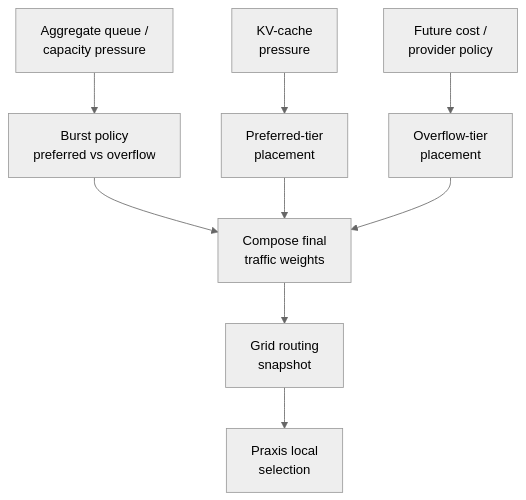
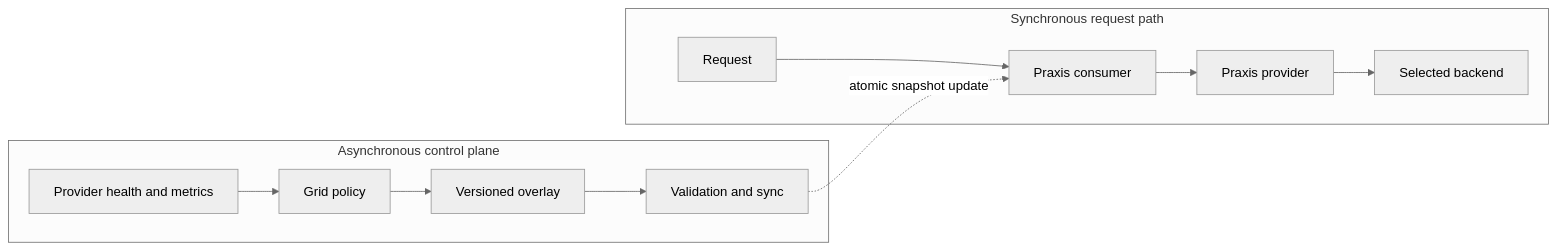
One commit to praxis-proxy/experimental changed the second of 6 diagrams in demos/grid-cloud-burst/README.md. Above: the diagram before and after it, drawn with Mermaid (neutral theme). The commit also changed other lines of this file and 17 other files, not shown here.

Commit message:
docs(demos): expand cloud burst resilience example

````diff
--- a/demos/grid-cloud-burst/README.md
+++ b/demos/grid-cloud-burst/README.md
@@ -507,25 +132,14 @@
 ```mermaid
-%%{init: {"flowchart": {"htmlLabels": false}}}%%
-flowchart TB
-    Q["Aggregate queue /<br/>capacity pressure"]
-    KV["KV-cache<br/>pressure"]
-    Cost["Future cost /<br/>provider policy"]
-
-    Burst["Burst policy<br/>preferred vs overflow"]
-    Local["Preferred-tier<br/>placement"]
-    Cloud["Overflow-tier<br/>placement"]
-
-    Final["Compose final<br/>traffic weights"]
-    Overlay["Grid routing<br/>snapshot"]
-    Praxis["Praxis local<br/>selection"]
-
-    Q --> Burst
-    KV --> Local
-    Cost --> Cloud
-
-    Burst --> Final
-    Local --> Final
-    Cloud --> Final
-
-    Final --> Overlay --> Praxis
+flowchart LR
+    subgraph Control["Asynchronous control plane"]
+        Metrics["Provider health and metrics"] --> Grid["Grid policy"]
+        Grid --> Overlay["Versioned overlay"]
+        Overlay --> Sync["Validation and sync"]
+    end
+    subgraph Request["Synchronous request path"]
+        Client["Request"] --> Consumer["Praxis consumer"]
+        Consumer --> Provider["Praxis provider"]
+        Provider --> Backend["Selected backend"]
+    end
+    Sync -. "atomic snapshot update" .-> Consumer
 ```
````
